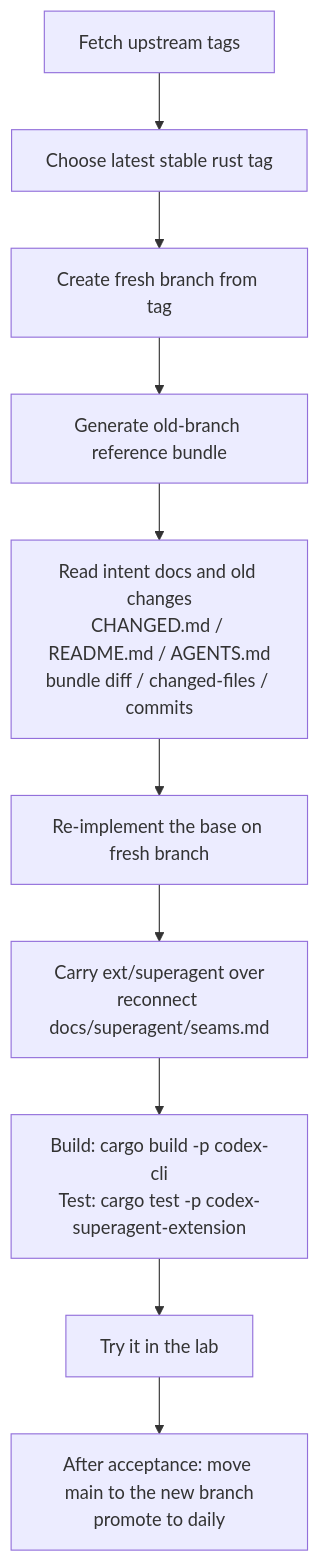
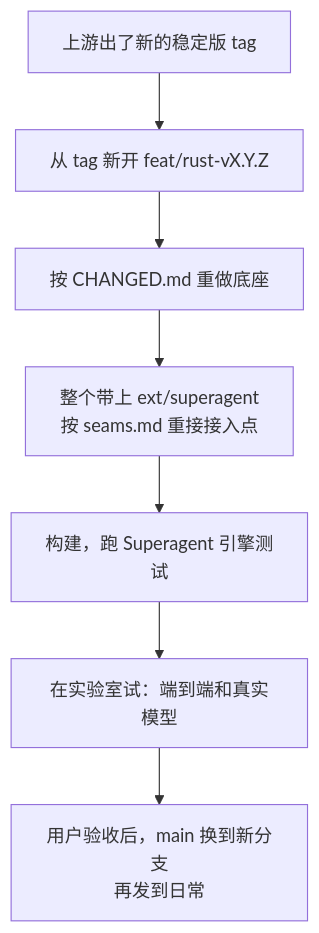
Before and after one commit to jiaqiwang969/codext: the diagram in README.md, drawn with Mermaid. The commit also changed other lines of this file, not shown here.

````diff
--- a/README.md
+++ b/README.md
@@ -124,12 +78,9 @@
 ```mermaid
 flowchart TD
-      A[Fetch upstream tags] --> B[Choose latest stable rust tag]
-      B --> C[Create fresh branch from tag]
-      C --> D[Generate old-branch reference bundle]
-      D --> E[Read intent docs and old changes<br/>CHANGED.md / README.md / AGENTS.md<br/>bundle diff / changed-files / commits]
-      E --> F[Re-implement the base on fresh branch]
-      F --> G[Carry ext/superagent over<br/>reconnect docs/superagent/seams.md]
-      G --> H[Build: cargo build -p codex-cli<br/>Test: cargo test -p codex-superagent-extension]
-      H --> I[Try it in the lab]
-      I --> J[After acceptance: move main to the new branch<br/>promote to daily]
+      A[上游出了新的稳定版 tag] --> B[从 tag 新开 feat/rust-vX.Y.Z]
+      B --> C[按 CHANGED.md 重做底座]
+      C --> D[整个带上 ext/superagent<br/>按 seams.md 重接接入点]
+      D --> E[构建，跑 Superagent 引擎测试]
+      E --> F[在实验室试：端到端和真实模型]
+      F --> G[用户验收后，main 换到新分支<br/>再发到日常]
 ```
````
